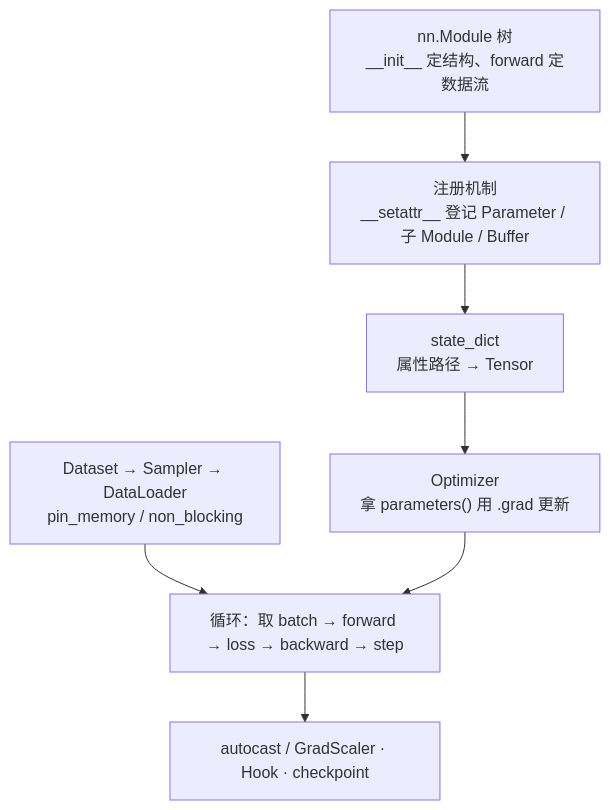
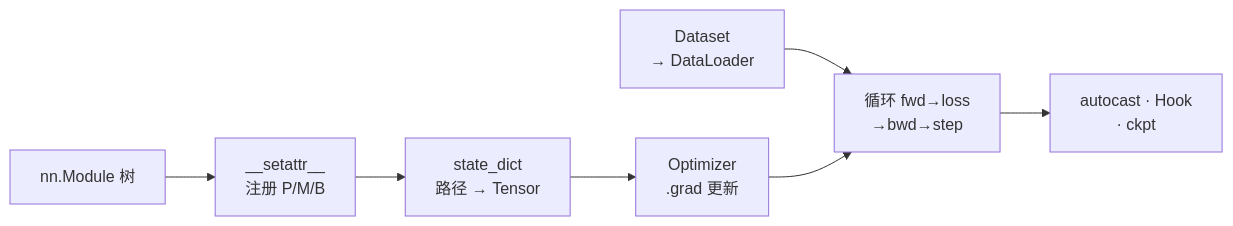
One commit to arganzheng/arganzheng.github.com changed the fifth of 9 diagrams in slides/2026-02-26-deep-dive-into-pytorch.md. Above: the diagram before and after it, drawn with Mermaid. The commit also changed other lines of this file, not shown here.

Commit message:
slides(2026-02-26-deep-dive-into-pytorch): 图内文字 ≥14px——标签缩短/拆分/Unicode 数学

````diff
--- a/slides/2026-02-26-deep-dive-into-pytorch.md
+++ b/slides/2026-02-26-deep-dive-into-pytorch.md
@@ -157,9 +160,8 @@
 ```mermaid
 %%{init: {"flowchart": {"wrappingWidth": 210}}}%%
-flowchart TB
-    A["nn.Module 树<br/>__init__ 定结构、forward 定数据流"] --> B["注册机制<br/>__setattr__ 登记 Parameter / 子 Module / Buffer"] --> C["state_dict<br/>属性路径 → Tensor"]
-    C --> E["Optimizer<br/>拿 parameters() 用 .grad 更新"]
-    F["Dataset → Sampler → DataLoader<br/>pin_memory / non_blocking"] --> G["循环：取 batch → forward → loss → backward → step"]
+flowchart LR
+    A["nn.Module 树"] --> B["__setattr__<br/>注册 P/M/B"] --> C["state_dict<br/>路径 → Tensor"] --> E["Optimizer<br/>.grad 更新"]
+    F["Dataset<br/>→ DataLoader"] --> G["循环 fwd→loss<br/>→bwd→step"]
     E --> G
-    G --> H["autocast / GradScaler · Hook · checkpoint"]
+    G --> H["autocast · Hook<br/>· ckpt"]
 ```
````
